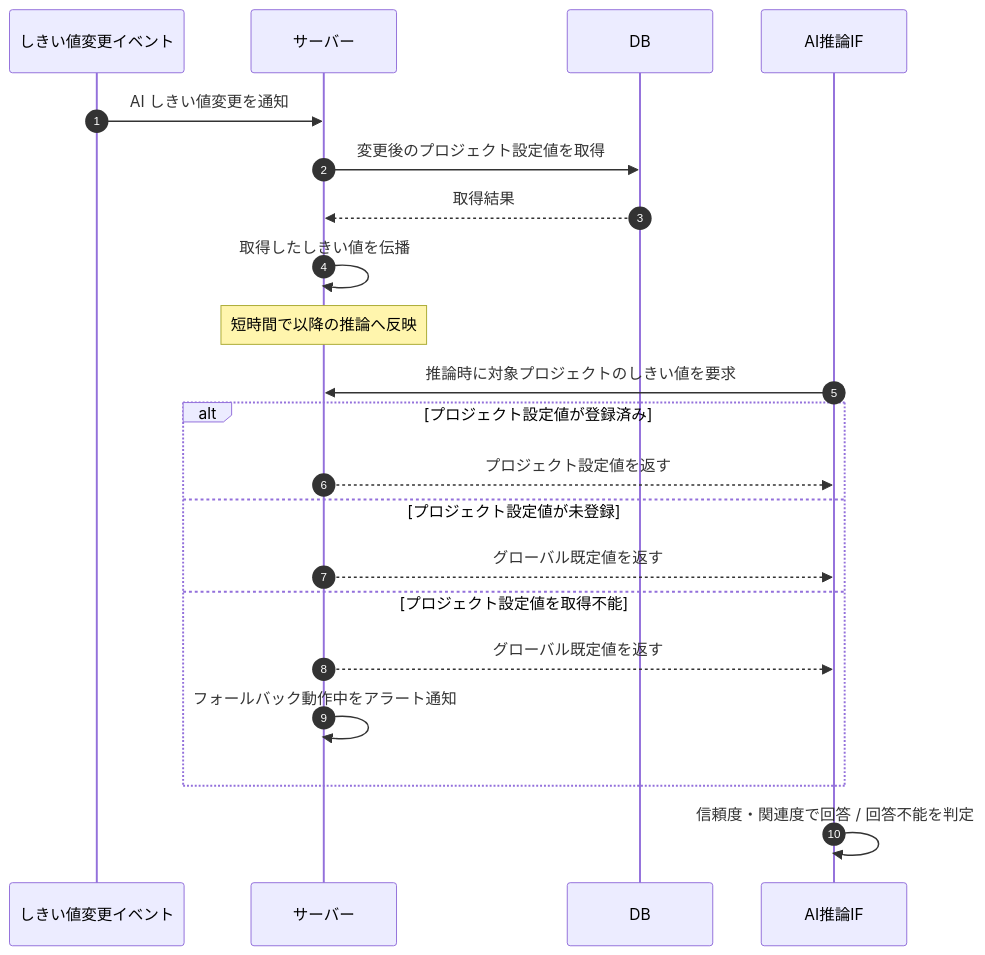
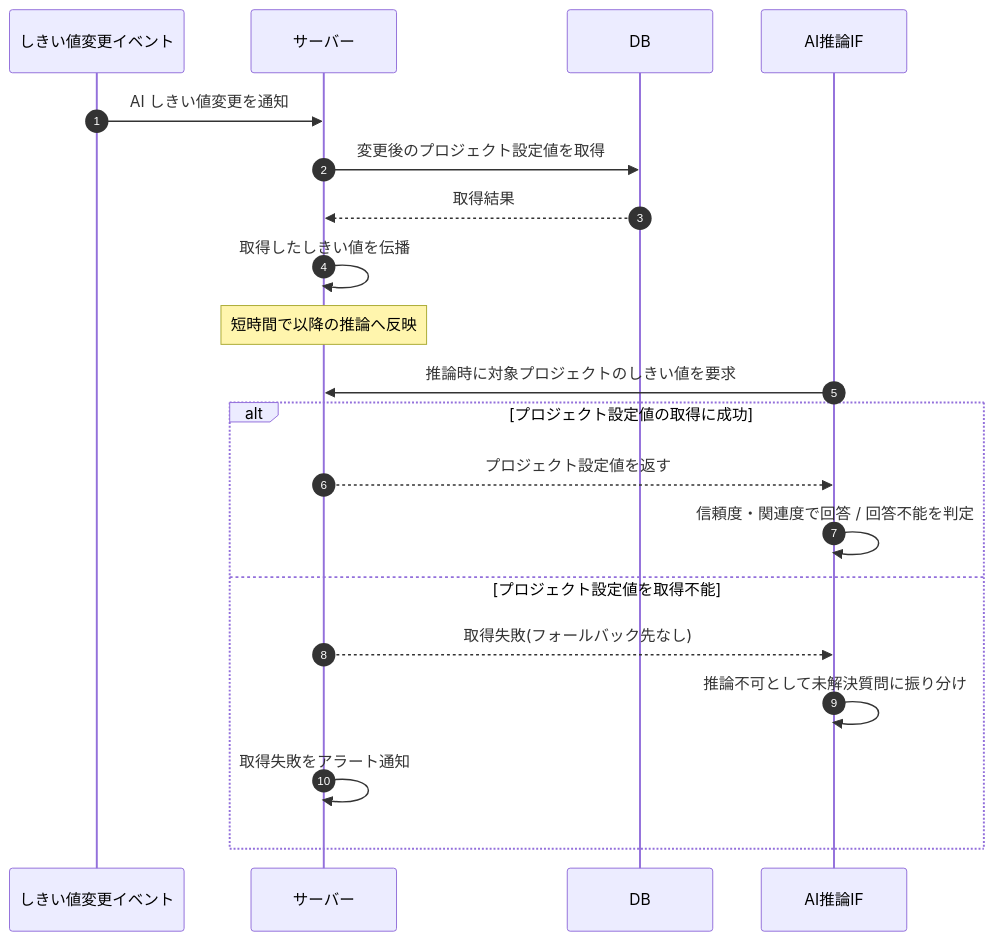
One commit to sikakou54/open-faq changed the diagram in 02_basic_design/03_sequences/SEQ-102.md. Above: the diagram before and after it, drawn with Mermaid. The commit also changed other lines of this file and 32 other files, not shown here.

````diff
--- a/02_basic_design/03_sequences/SEQ-102.md
+++ b/02_basic_design/03_sequences/SEQ-102.md
@@ -15,23 +15,22 @@
 ```mermaid
 sequenceDiagram
   autonumber
   participant E as しきい値変更イベント
   participant Server as サーバー
   participant DB as DB
   participant AI as AI推論IF
   E->>Server: AI しきい値変更を通知
   Server->>DB: 変更後のプロジェクト設定値を取得
   DB-->>Server: 取得結果
   Server->>Server: 取得したしきい値を伝播
   Note over Server: 短時間で以降の推論へ反映
   AI->>Server: 推論時に対象プロジェクトのしきい値を要求
-  alt プロジェクト設定値が登録済み
+  alt プロジェクト設定値の取得に成功
     Server-->>AI: プロジェクト設定値を返す
-  else プロジェクト設定値が未登録
-    Server-->>AI: グローバル既定値を返す
+    AI->>AI: 信頼度・関連度で回答 / 回答不能を判定
   else プロジェクト設定値を取得不能
-    Server-->>AI: グローバル既定値を返す
-    Server->>Server: フォールバック動作中をアラート通知
+    Server-->>AI: 取得失敗(フォールバック先なし)
+    AI->>AI: 推論不可として未解決質問に振り分け
+    Server->>Server: 取得失敗をアラート通知
   end
-  AI->>AI: 信頼度・関連度で回答 / 回答不能を判定
 ```
````
